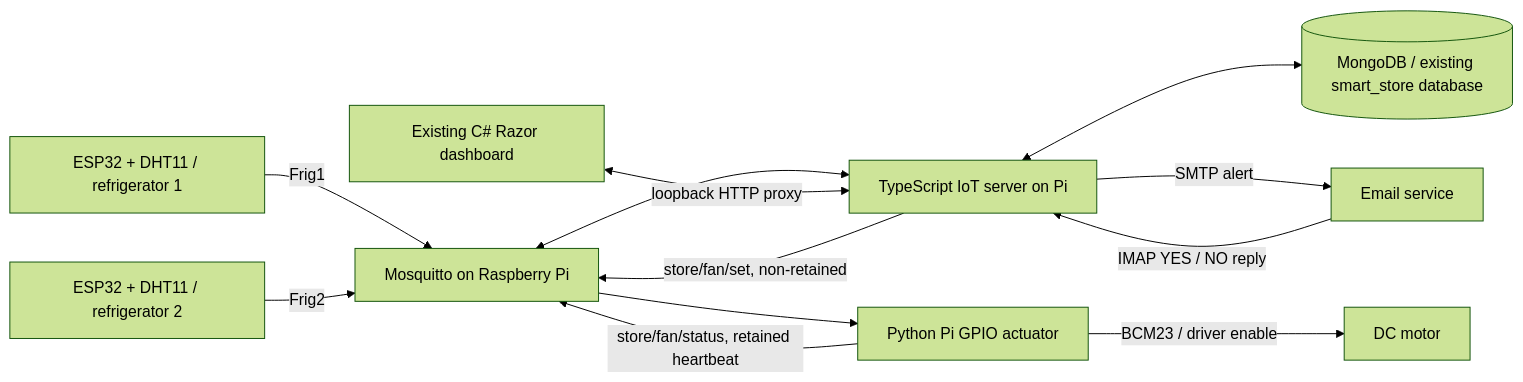
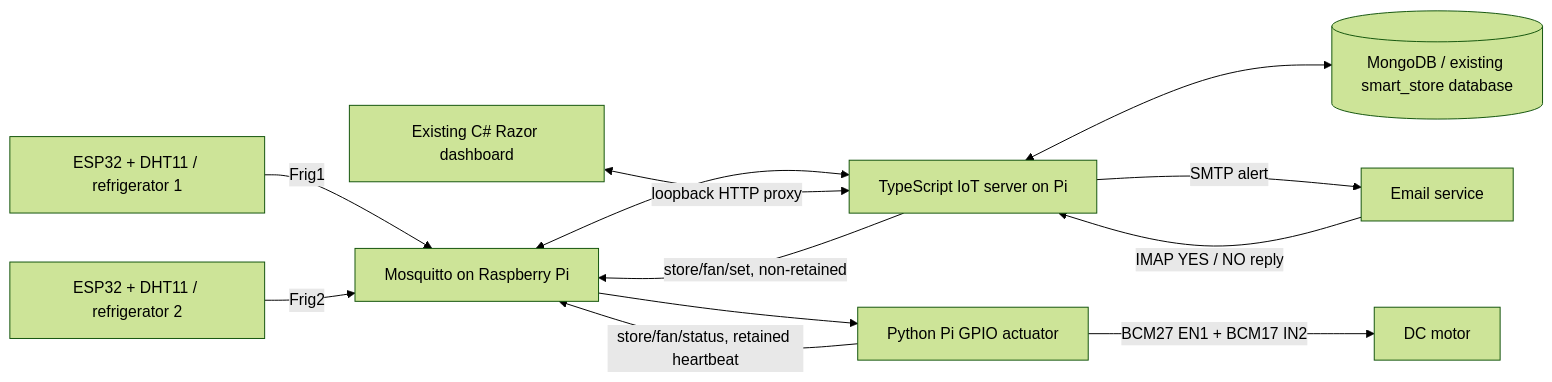
One commit to kalena-dev/Iot_proj changed the diagram in docs/PHASE2.md. Above: the diagram before and after it, drawn with Mermaid (forest theme). The commit also changed other lines of this file and 31 other files, not shown here.

````diff
--- a/docs/PHASE2.md
+++ b/docs/PHASE2.md
@@ -11,14 +11,14 @@
 ```mermaid
 flowchart LR
     E1[ESP32 + DHT11 / refrigerator 1] -->|Frig1| M[Mosquitto on Raspberry Pi]
     E2[ESP32 + DHT11 / refrigerator 2] -->|Frig2| M
     M <--> T[TypeScript IoT server on Pi]
     T <--> DB[(MongoDB / existing smart_store database)]
     T -->|SMTP alert| Mail[Email service]
     Mail -->|IMAP YES / NO reply| T
     UI[Existing C# Razor dashboard] <-->|loopback HTTP proxy| T
     T -->|store/fan/set, non-retained| M
     M --> P[Python Pi GPIO actuator]
-    P -->|BCM23 / driver enable| Motor[DC motor]
+    P -->|BCM27 EN1 + BCM17 IN2| Motor[DC motor]
     P -->|store/fan/status, retained heartbeat| M
 ```
````
